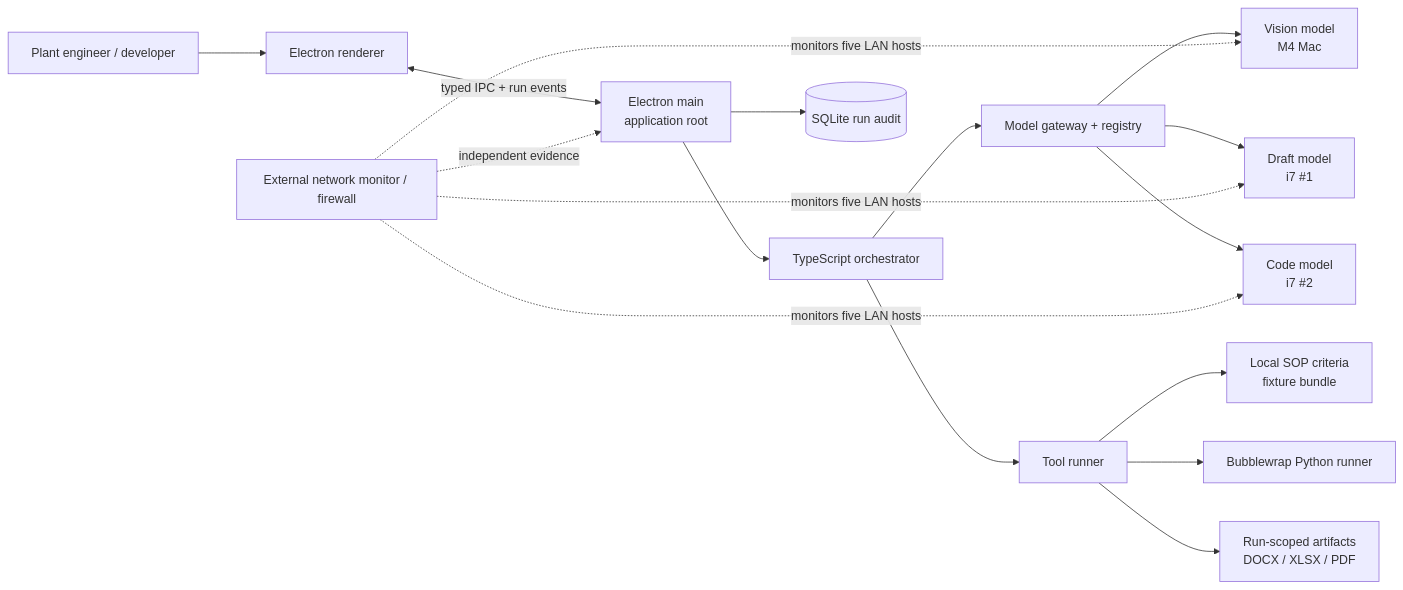
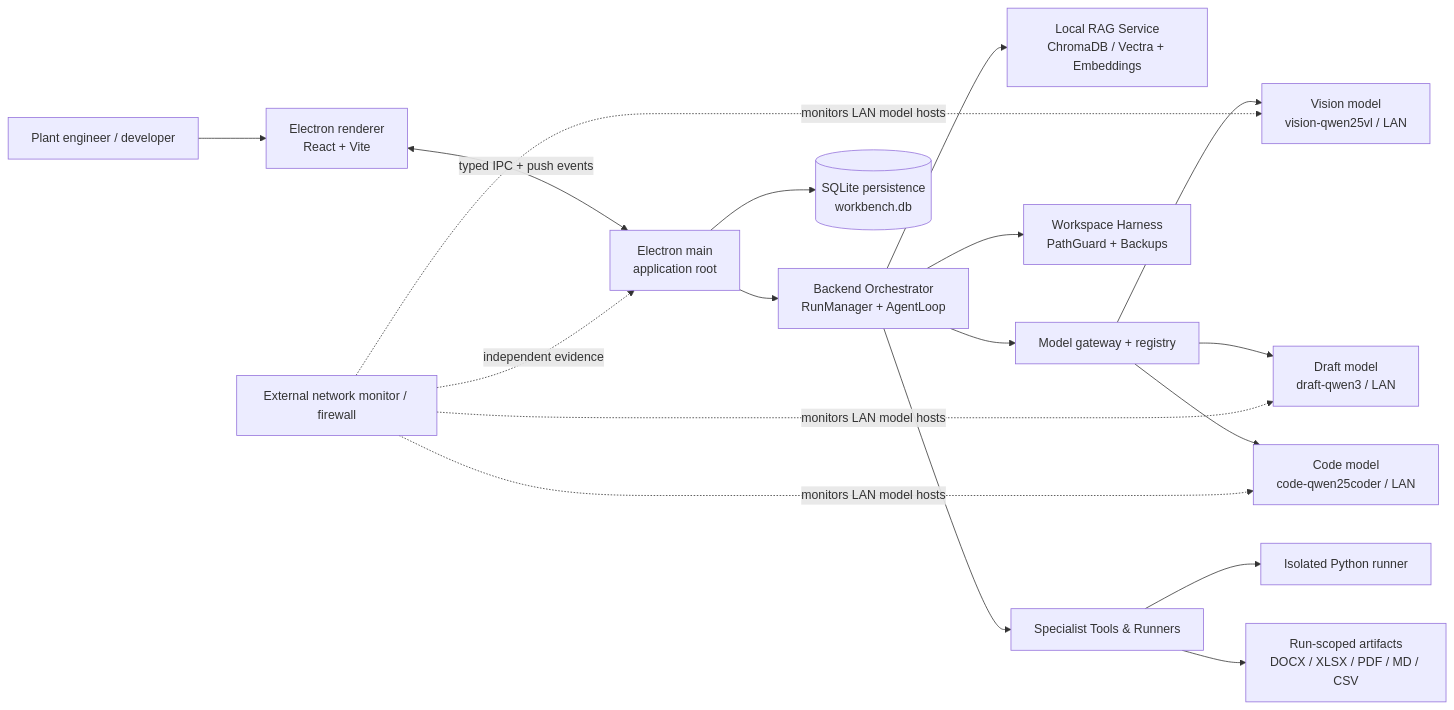
The diagram in docs/architecture/README.md (BITverse-24/local-workbench), drawn with Mermaid before and after one commit. The commit also changed other lines of this file and 4 other files, not shown here.

````diff
--- a/docs/architecture/README.md
+++ b/docs/architecture/README.md
@@ -31,19 +25,20 @@
 ```mermaid
 flowchart LR
-    U[Plant engineer / developer] --> R[Electron renderer]
-    R <-->|typed IPC + run events| M[Electron main<br/>application root]
-    M --> O[TypeScript orchestrator]
+    U[Plant engineer / developer] --> R[Electron renderer<br/>React + Vite]
+    R <-->|typed IPC + push events| M[Electron main<br/>application root]
+    M --> O[Backend Orchestrator<br/>RunManager + AgentLoop]
+    O --> RAG[Local RAG Service<br/>ChromaDB / Vectra + Embeddings]
     O --> G[Model gateway + registry]
-    G --> V[Vision model<br/>M4 Mac]
-    G --> D[Draft model<br/>i7 #1]
-    G --> C[Code model<br/>i7 #2]
-    O --> T[Tool runner]
-    T --> K[Local SOP criteria<br/>fixture bundle]
-    T --> S[Bubblewrap Python runner]
-    T --> A[Run-scoped artifacts<br/>DOCX / XLSX / PDF]
-    M --> Q[(SQLite run audit)]
+    G --> V[Vision model<br/>vision-qwen25vl / LAN]
+    G --> D[Draft model<br/>draft-qwen3 / LAN]
+    G --> C[Code model<br/>code-qwen25coder / LAN]
+    O --> H[Workspace Harness<br/>PathGuard + Backups]
+    O --> T[Specialist Tools & Runners]
+    T --> S[Isolated Python runner]
+    T --> A[Run-scoped artifacts<br/>DOCX / XLSX / PDF / MD / CSV]
+    M --> Q[(SQLite persistence<br/>workbench.db)]
     X[External network monitor / firewall] -. independent evidence .-> M
-    X -. monitors five LAN hosts .-> V
-    X -. monitors five LAN hosts .-> D
-    X -. monitors five LAN hosts .-> C
+    X -. monitors LAN model hosts .-> V
+    X -. monitors LAN model hosts .-> D
+    X -. monitors LAN model hosts .-> C
 ```
````
